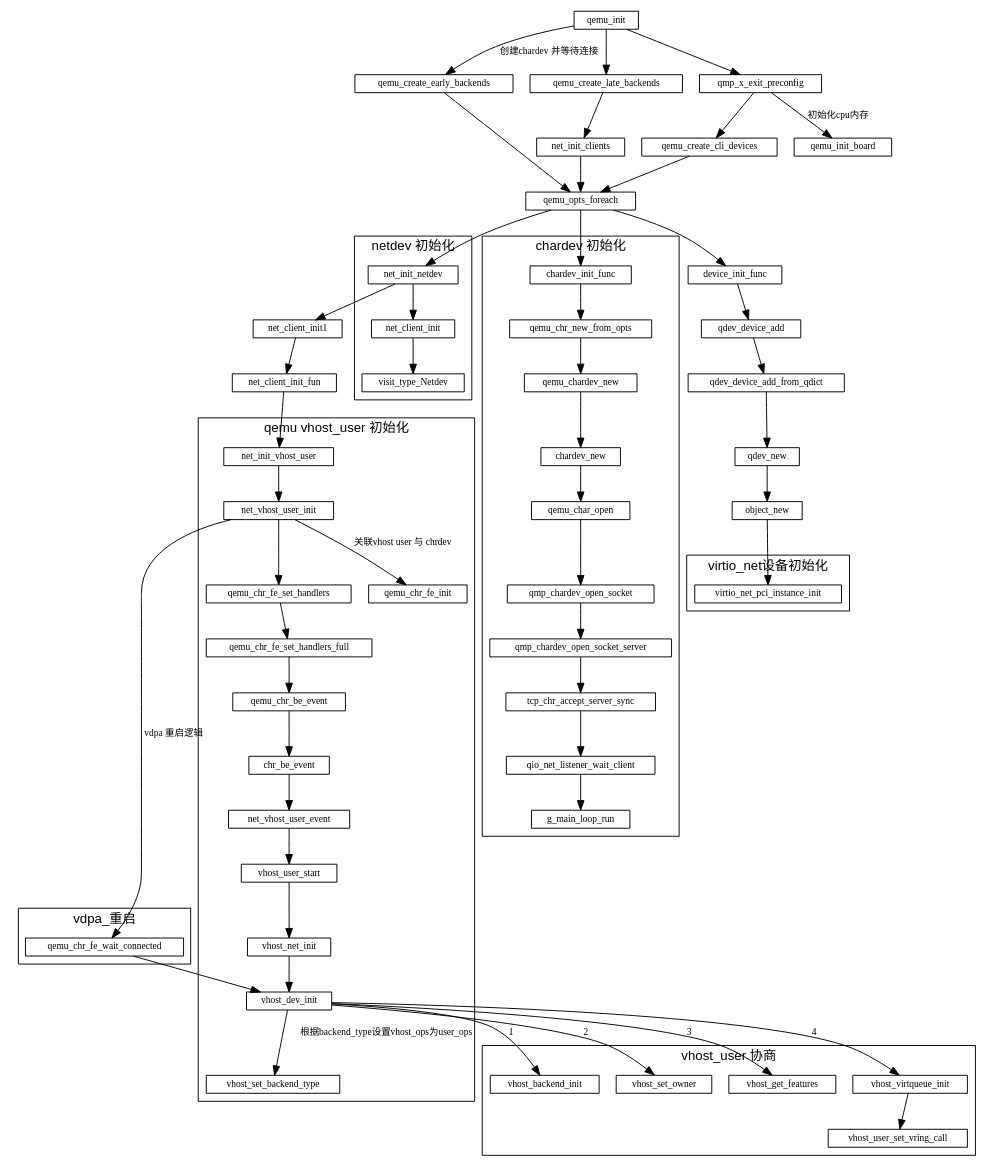
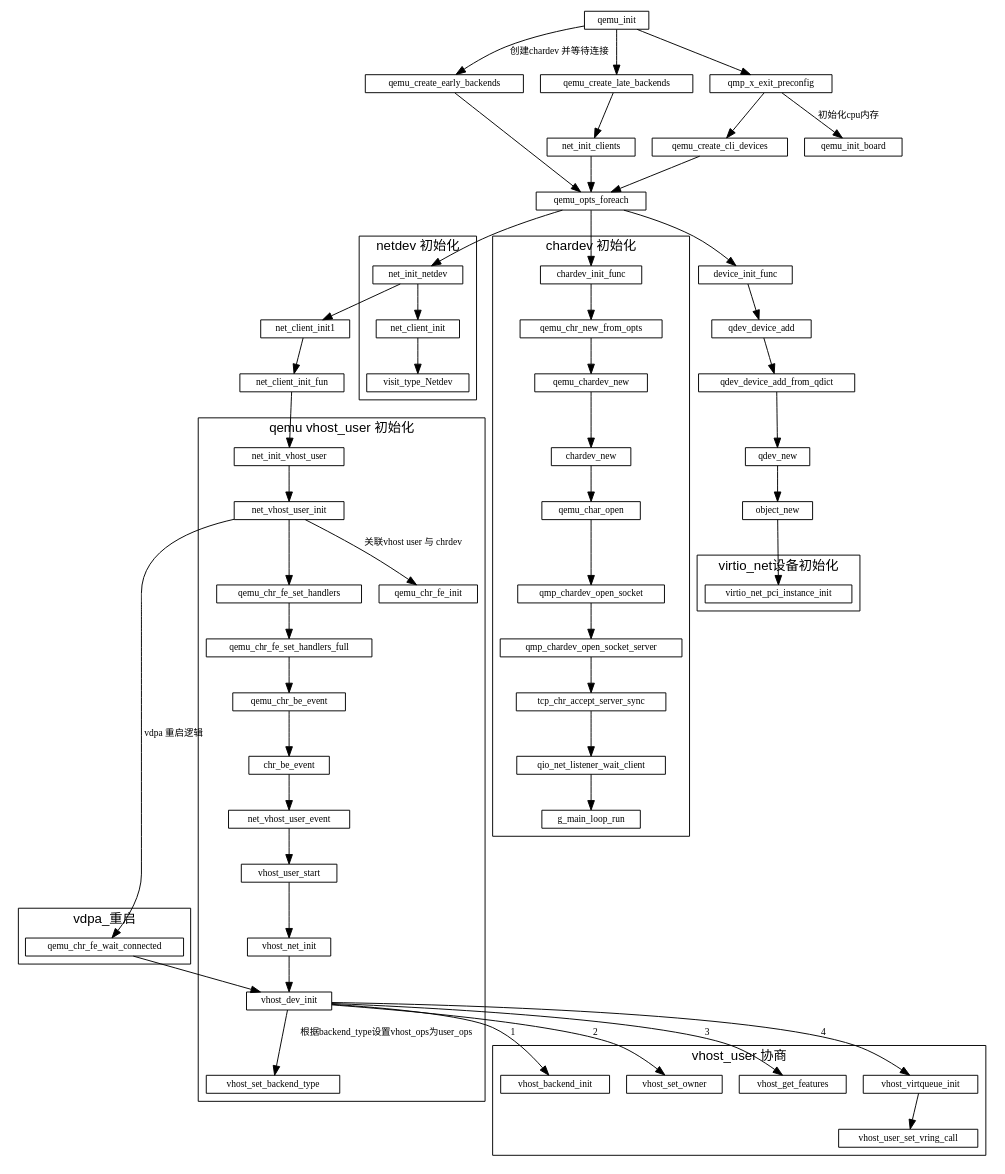
The diagram in qemu/qemu初始化.md (sisyphus1212/note), drawn with Graphviz before and after one commit.

Commit message:
auto_update

```diff
--- a/qemu/qemu初始化.md
+++ b/qemu/qemu初始化.md
@@ -57,7 +57,7 @@
                             -> net_vhost_user_event
                             -> vhost_user_start
                             -> vhost_net_init
-                            -> vhost_dev_init[weight=50]
+                            -> vhost_dev_init[weight=500]
                                vhost_dev_init
                             -> vhost_set_backend_type[label="根据backend_type设置vhost_ops为user_ops"]
 
```
